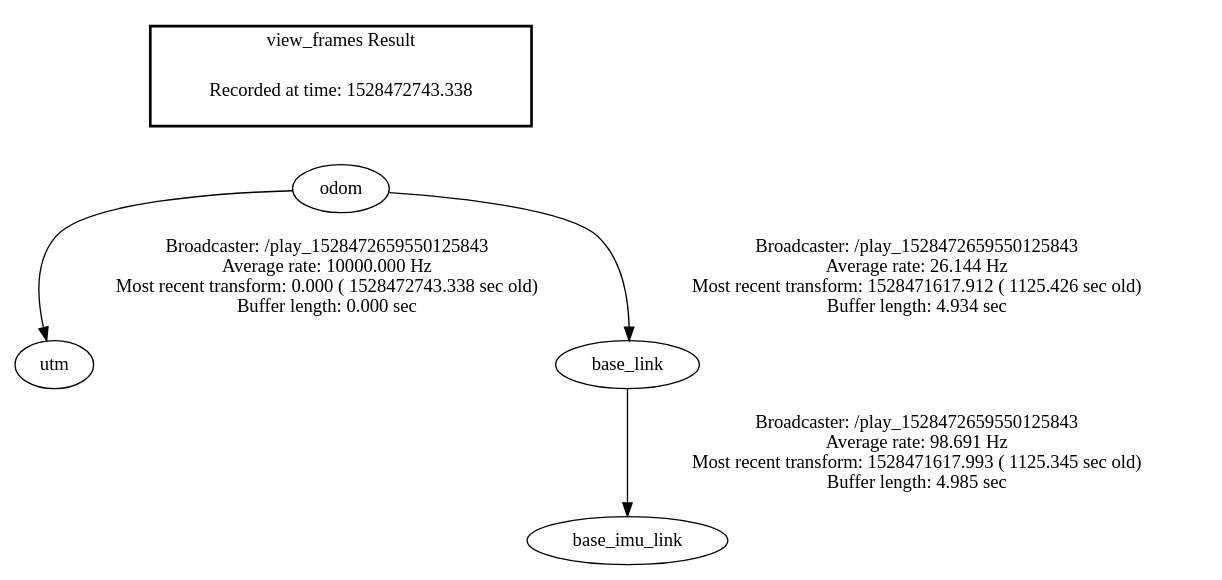
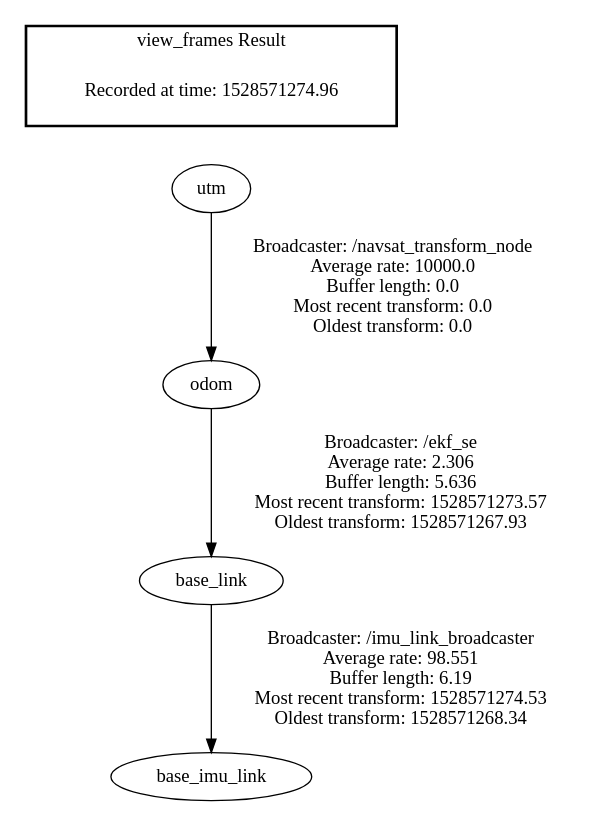
One commit to sean85914/rv_2018_project changed the diagram in tf_tree/frames.gv. Above: the diagram before and after it, drawn with Graphviz. The commit also changed 1 other file, not shown here.

```diff
--- a/tf_tree/frames.gv
+++ b/tf_tree/frames.gv
@@ -1,9 +1,9 @@
 digraph G {
-"odom" -> "utm"[label="Broadcaster: /play_1528472659550125843\nAverage rate: 10000.000 Hz\nMost recent transform: 0.000 ( 1528472743.338 sec old)\nBuffer length: 0.000 sec\n"];
-"base_link" -> "base_imu_link"[label="Broadcaster: /play_1528472659550125843\nAverage rate: 98.691 Hz\nMost recent transform: 1528471617.993 ( 1125.345 sec old)\nBuffer length: 4.985 sec\n"];
-"odom" -> "base_link"[label="Broadcaster: /play_1528472659550125843\nAverage rate: 26.144 Hz\nMost recent transform: 1528471617.912 ( 1125.426 sec old)\nBuffer length: 4.934 sec\n"];
+"odom" -> "base_link"[label=" Broadcaster: /ekf_se\nAverage rate: 2.306\nBuffer length: 5.636\nMost recent transform: 1528571273.57\nOldest transform: 1528571267.93\n"];
+"utm" -> "odom"[label=" Broadcaster: /navsat_transform_node\nAverage rate: 10000.0\nBuffer length: 0.0\nMost recent transform: 0.0\nOldest transform: 0.0\n"];
+"base_link" -> "base_imu_link"[label=" Broadcaster: /imu_link_broadcaster\nAverage rate: 98.551\nBuffer length: 6.19\nMost recent transform: 1528571274.53\nOldest transform: 1528571268.34\n"];
 edge [style=invis];
  subgraph cluster_legend { style=bold; color=black; label ="view_frames Result";
-"Recorded at time: 1528472743.338"[ shape=plaintext ] ;
- }->"odom";
+"Recorded at time: 1528571274.96"[ shape=plaintext ] ;
+}->"utm";
 }
```
